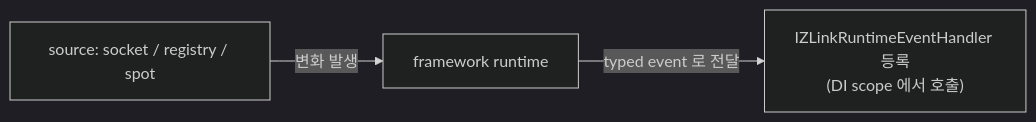
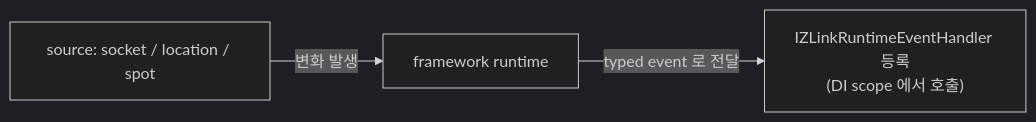
Before and after one commit to kairos-code-dev/zlink: the diagram in framework/doc/framework/dotnet/guide/10-monitoring.ko.md, drawn with Mermaid (dark theme). The commit also changed other lines of this file and 20 other files, not shown here.

````diff
--- a/framework/doc/framework/dotnet/guide/10-monitoring.ko.md
+++ b/framework/doc/framework/dotnet/guide/10-monitoring.ko.md
@@ -33,5 +32,5 @@
 ```mermaid
 flowchart LR
-  SRC["source: socket / registry / spot"] -->|"변화 발생"| FW["framework runtime"]
+  SRC["source: socket / location / spot"] -->|"변화 발생"| FW["framework runtime"]
   FW -->|"typed event 로 전달"| H["IZLinkRuntimeEventHandler 등록<br/>(DI scope 에서 호출)"]
 ```
````
